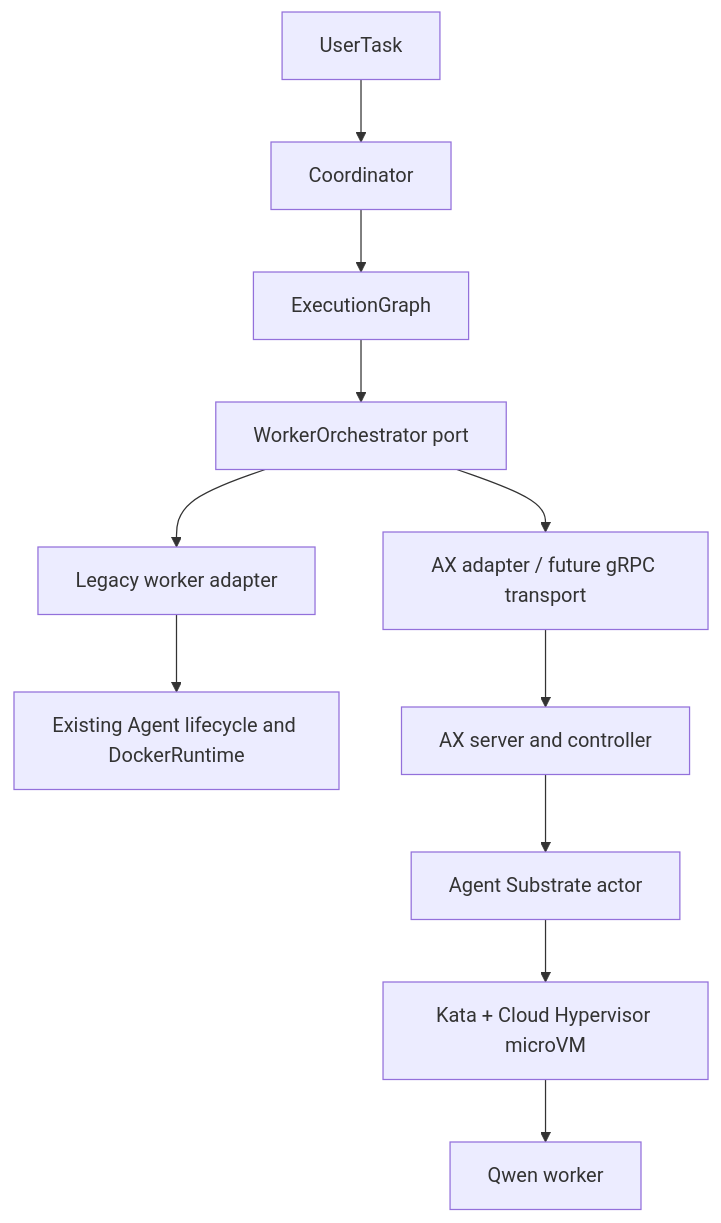
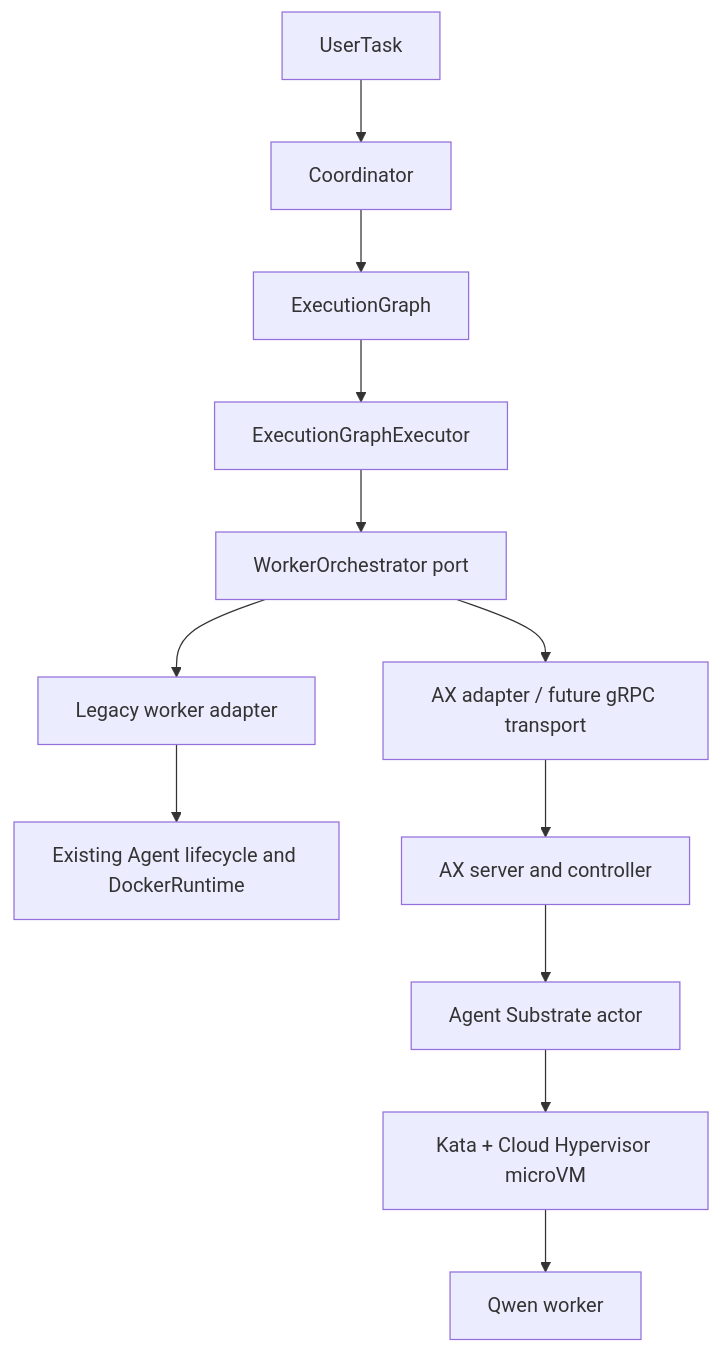
Before and after one commit to KulikovKA/testmd: the second of 2 diagrams in docs/ax-substrate-migration.md, drawn with Mermaid. The commit also changed other lines of this file and 7 other files, not shown here.

Commit message:
Implement execution graph executor for AX/Substrate orchestration

````diff
--- a/docs/ax-substrate-migration.md
+++ b/docs/ax-substrate-migration.md
@@ -36,13 +36,14 @@
 ```mermaid
 flowchart TD
     User[UserTask] --> Coordinator[Coordinator]
     Coordinator --> Graph[ExecutionGraph]
-    Graph --> Orchestrator[WorkerOrchestrator port]
+    Graph --> Executor[ExecutionGraphExecutor]
+    Executor --> Orchestrator[WorkerOrchestrator port]
     Orchestrator --> Legacy[Legacy worker adapter]
     Orchestrator --> AX[AX adapter / future gRPC transport]
     Legacy --> Docker[Existing Agent lifecycle and DockerRuntime]
     AX --> Controller[AX server and controller]
     Controller --> Substrate[Agent Substrate actor]
     Substrate --> Kata[Kata + Cloud Hypervisor microVM]
     Kata --> Worker[Qwen worker]
 ```
````
